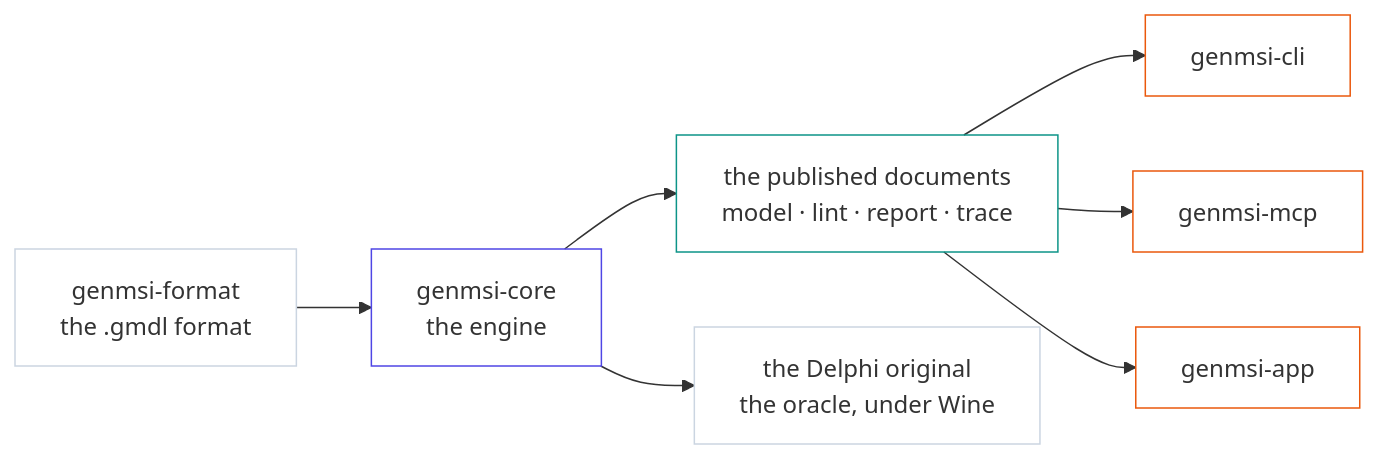
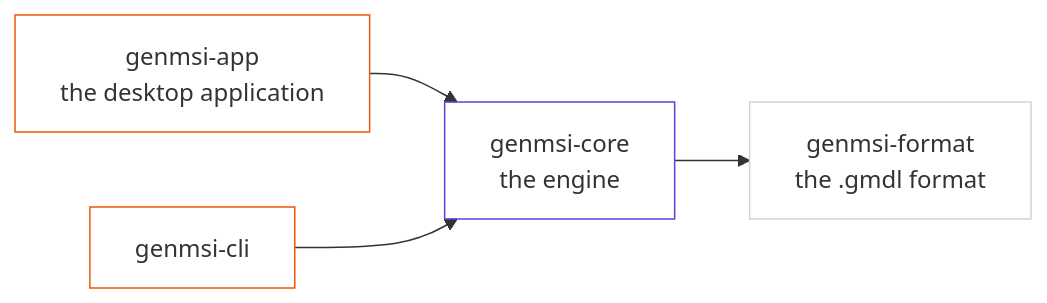
Before and after one commit to LucasIvanCardozo/genmsi: the diagram in README.md, drawn with Mermaid. The commit also changed other lines of this file, not shown here.

````diff
--- a/README.md
+++ b/README.md
@@ -143,18 +42,12 @@
 ```mermaid
 graph LR
-  F["genmsi-format<br/>the .gmdl format"] --> E["genmsi-core<br/>the engine"]
-  E --> D["the published documents<br/>model · lint · report · trace"]
-  D --> CLI["genmsi-cli"]
-  D --> MCP["genmsi-mcp"]
-  D --> APP["genmsi-app"]
-  E --> O["the Delphi original<br/>the oracle, under Wine"]
+  APP["genmsi-app<br/>the desktop application"] --> E["genmsi-core<br/>the engine"]
+  CLI["genmsi-cli"] --> E
+  E --> F["genmsi-format<br/>the .gmdl format"]
+  classDef clientes fill:none,stroke:#ea580c
+  classDef motor fill:none,stroke:#4f46e5
   classDef fuente fill:none,stroke:#cbd5e1
-  classDef motor fill:none,stroke:#4f46e5
-  classDef documentos fill:none,stroke:#0d9488
-  classDef clientes fill:none,stroke:#ea580c
+  class APP,CLI clientes
+  class E motor
   class F fuente
-  class E motor
-  class D documentos
-  class CLI,MCP,APP clientes
-  class O fuente
 ```
````
